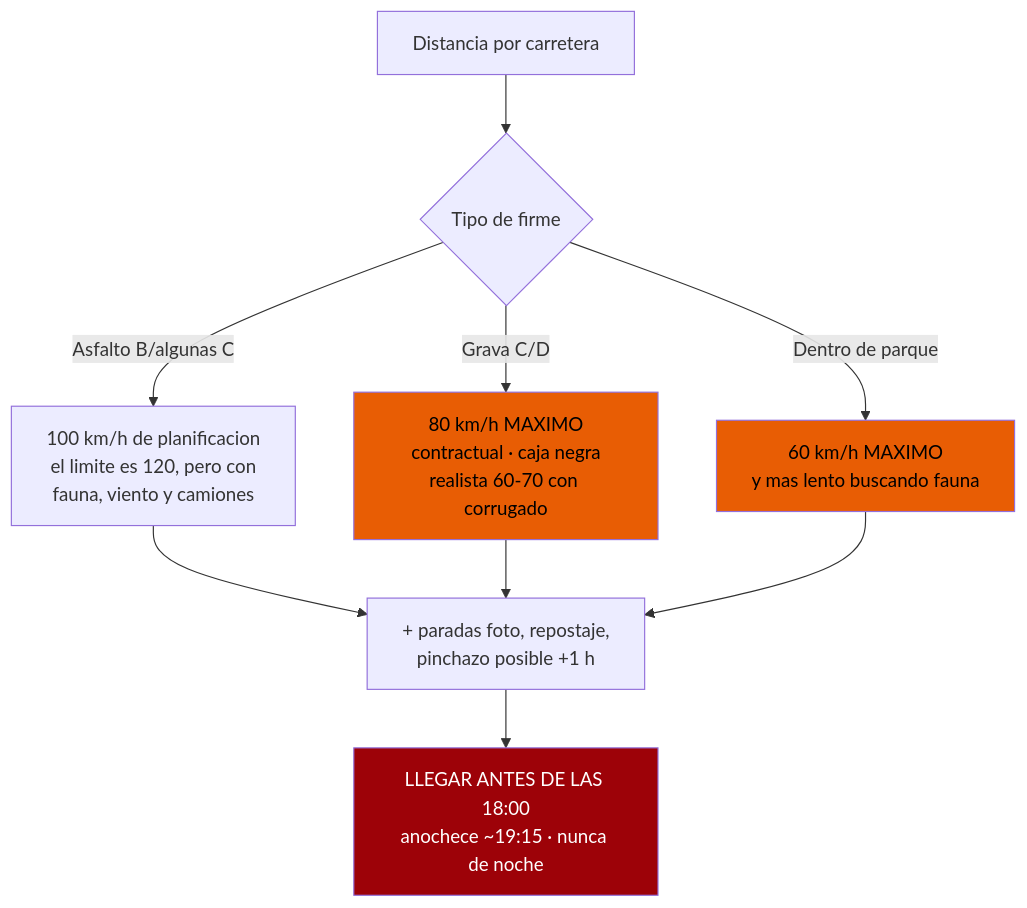
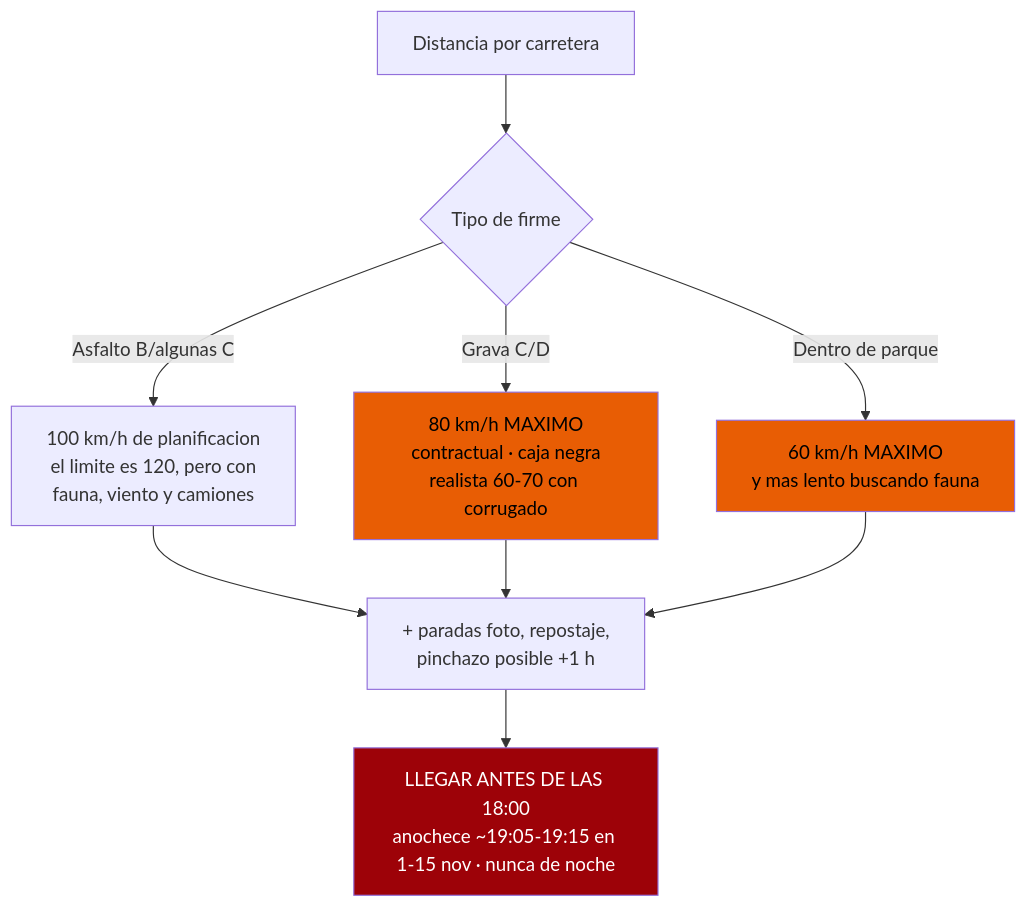
The first of 8 diagrams in 04-itinerario.md (morandeirachema/namibia), drawn with Mermaid before and after one commit. The commit also changed other lines of this file and 4 other files, not shown here.

First line of the commit message:
Recalcular la ventana de luz para las fechas REALES del viaje (1-15 nov), no el 25 nov

````diff
--- a/04-itinerario.md
+++ b/04-itinerario.md
@@ -26,14 +26,14 @@
 ```mermaid
 flowchart TD
     A["Distancia por carretera"] --> B{"Tipo de firme"}
     B -->|"Asfalto B/algunas C"| C["100 km/h de planificacion<br/>el limite es 120, pero con<br/>fauna, viento y camiones"]
     B -->|"Grava C/D"| D["80 km/h MAXIMO<br/>contractual · caja negra<br/>realista 60-70 con corrugado"]
     B -->|"Dentro de parque"| E["60 km/h MAXIMO<br/>y mas lento buscando fauna"]
     C --> F["+ paradas foto, repostaje,<br/>pinchazo posible +1 h"]
     D --> F
     E --> F
-    F --> G["LLEGAR ANTES DE LAS 18:00<br/>anochece ~19:15 · nunca de noche"]
+    F --> G["LLEGAR ANTES DE LAS 18:00<br/>anochece ~19:05-19:15 en 1-15 nov · nunca de noche"]
     style D fill:#e85d04,color:#000
     style E fill:#e85d04,color:#000
     style G fill:#9d0208,color:#fff
 ```
````
